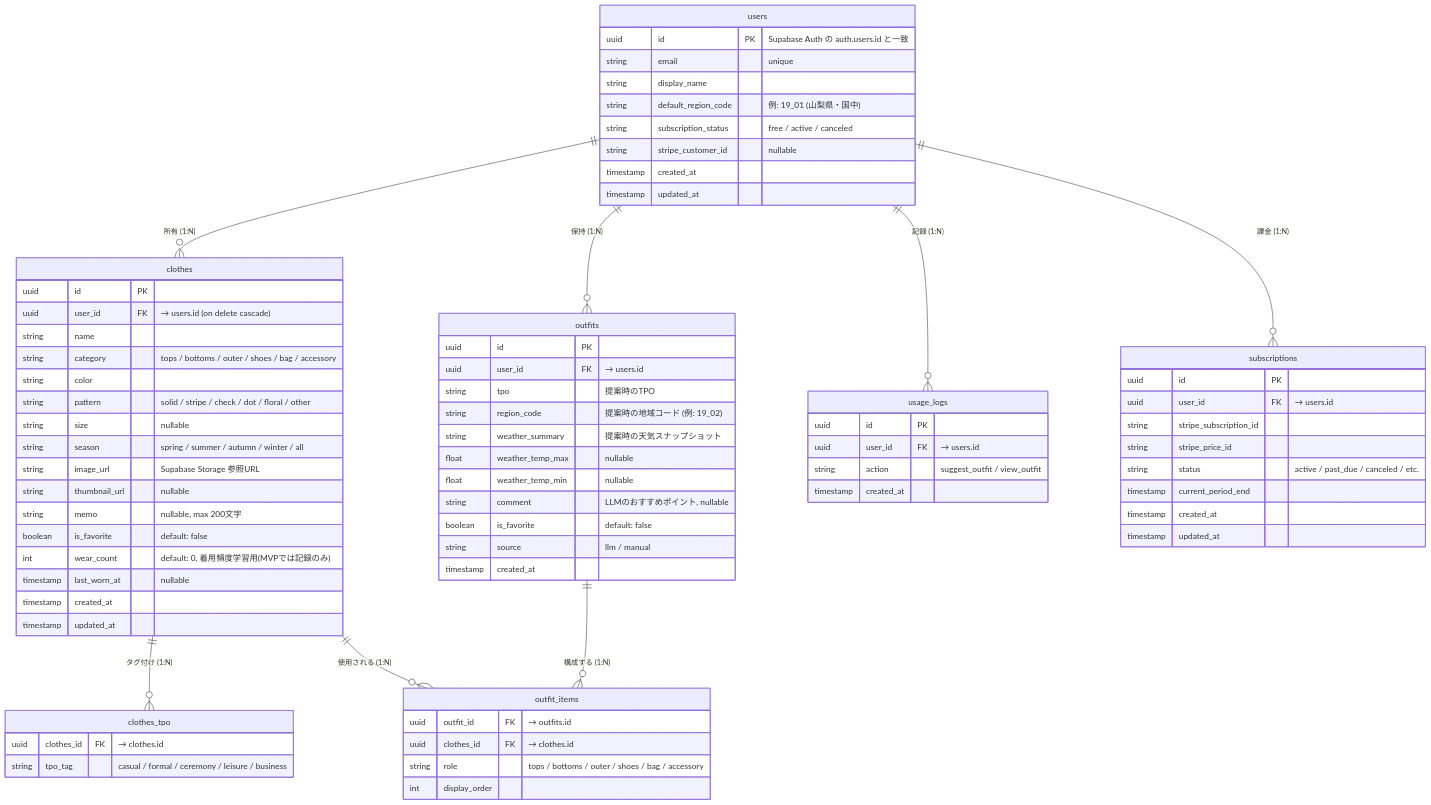
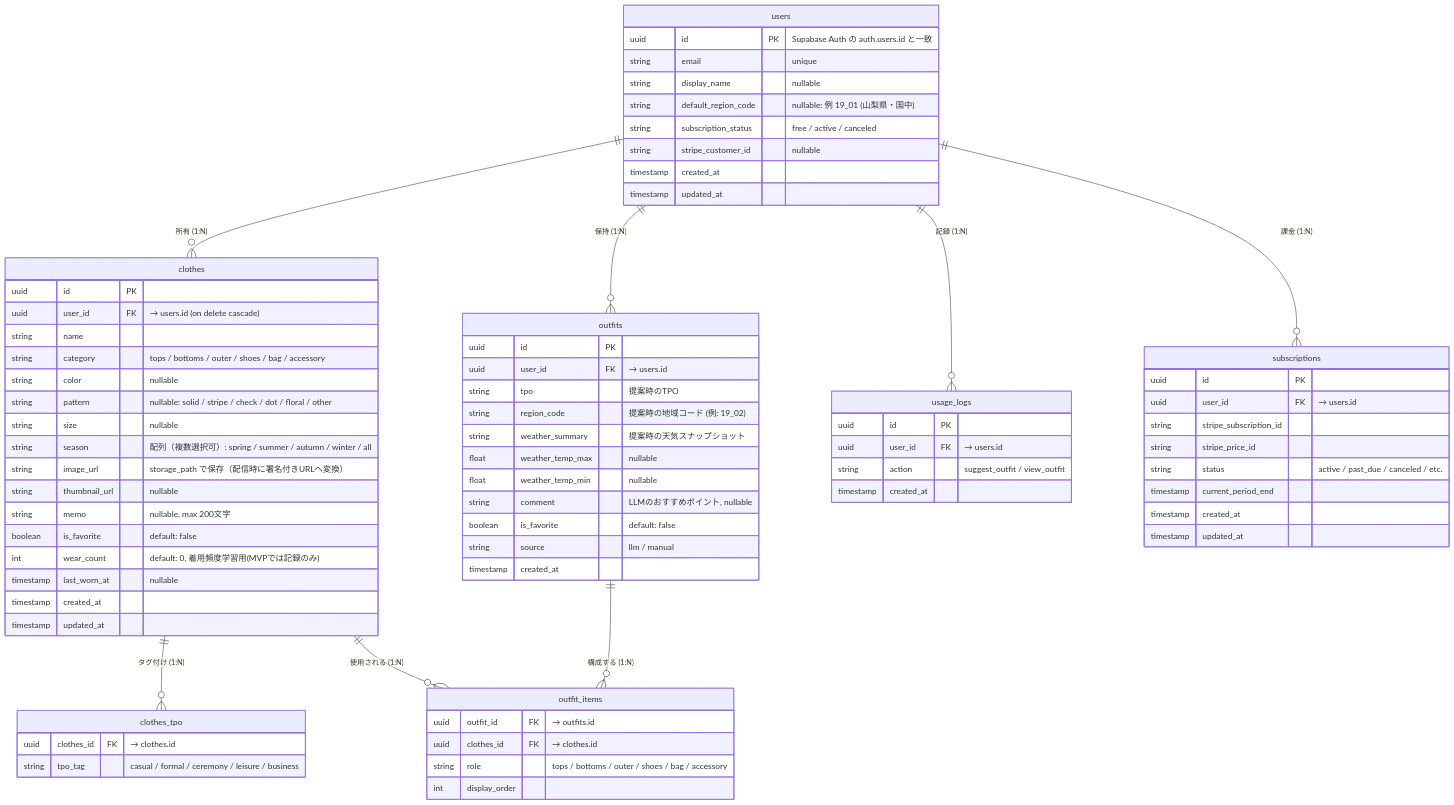
Before and after one commit to ms-engineer-bc26-01/teamB_section_9: the diagram in docs/er-diagram.md, drawn with Mermaid. The commit also changed other lines of this file, not shown here.

Commit message:
Modify ER diagram for users and items with nullable fields
Updated ER diagram to reflect nullable fields and additional details.

```diff
--- a/docs/er-diagram.md
+++ b/docs/er-diagram.md
@@ -7,8 +7,8 @@
   users {
     uuid id PK "Supabase Auth の auth.users.id と一致"
     string email "unique"
-    string display_name
-    string default_region_code "例: 19_01 (山梨県・国中)"
+    string display_name "nullable"
+    string default_region_code "nullable: 例 19_01 (山梨県・国中)"
     string subscription_status "free / active / canceled"
     string stripe_customer_id "nullable"
     timestamp created_at
@@ -20,11 +20,11 @@
     uuid user_id FK "→ users.id (on delete cascade)"
     string name
     string category "tops / bottoms / outer / shoes / bag / accessory"
-    string color
-    string pattern "solid / stripe / check / dot / floral / other"
+    string color "nullable"
+    string pattern "nullable: solid / stripe / check / dot / floral / other"
     string size "nullable"
-    string season "spring / summer / autumn / winter / all"
-    string image_url "Supabase Storage 参照URL"
+    string season "配列（複数選択可）: spring / summer / autumn / winter / all"
+    string image_url "storage_path で保存（配信時に署名付きURLへ変換）"
     string thumbnail_url "nullable"
     string memo "nullable, max 200文字"
     boolean is_favorite "default: false"
```
